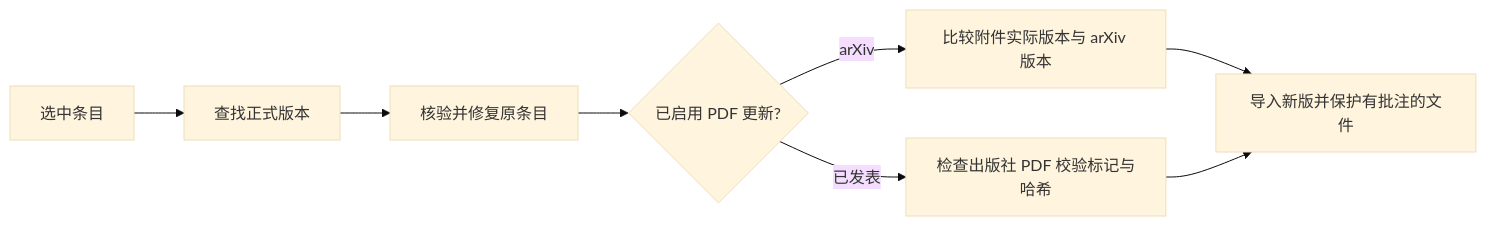
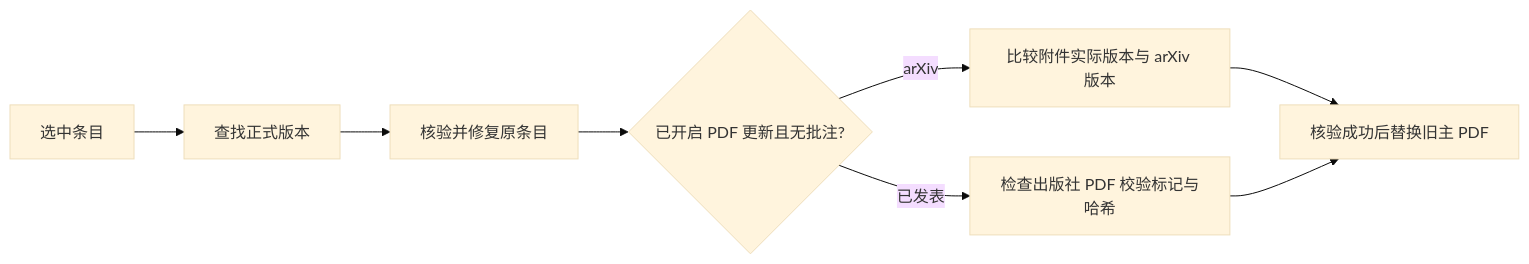
Before and after one commit to lzcn/zotero-metadata-fixer: the diagram in README.zh-CN.md, drawn with Mermaid (base theme). The commit also changed other lines of this file and 7 other files, not shown here.

````diff
--- a/README.zh-CN.md
+++ b/README.zh-CN.md
@@ -30,10 +30,10 @@
 ```mermaid
 flowchart LR
   A[选中条目] --> B[查找正式版本]
   B --> C[核验并修复原条目]
-  C --> D{已启用 PDF 更新?}
+  C --> D{已开启 PDF 更新且无批注?}
   D -->|arXiv| E[比较附件实际版本与 arXiv 版本]
   D -->|已发表| F[检查出版社 PDF 校验标记与哈希]
-  E --> G[导入新版并保护有批注的文件]
+  E --> G[核验成功后替换旧主 PDF]
   F --> G
 ```
````
